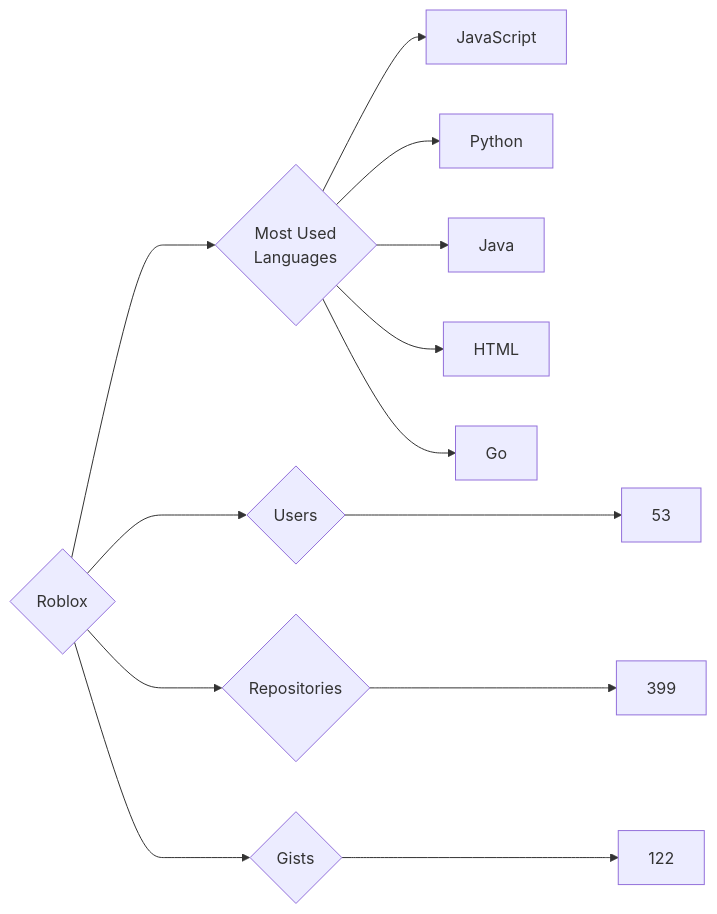
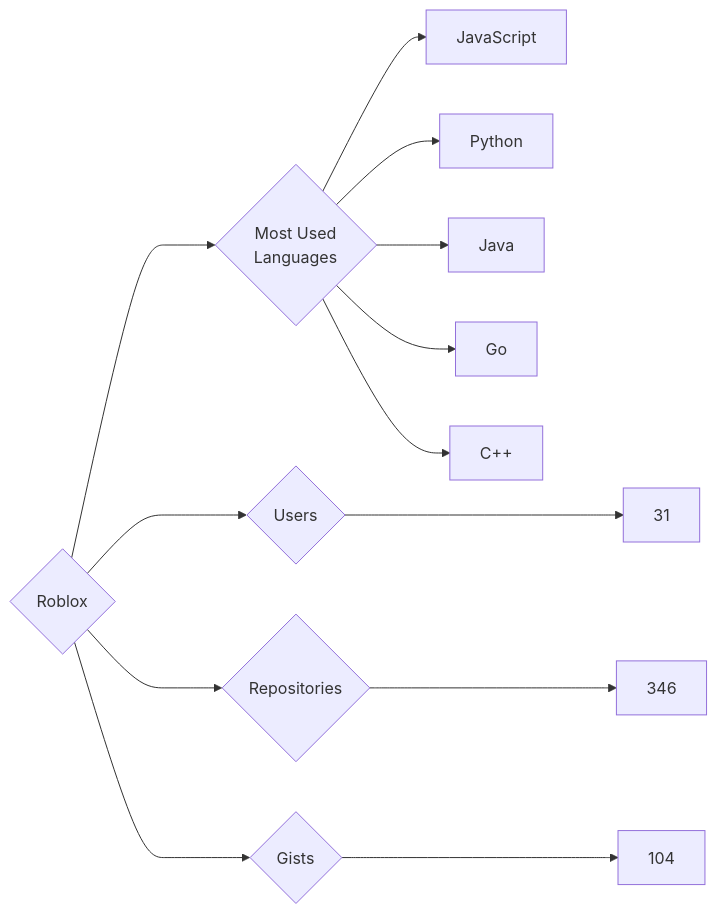
Before and after one commit to trickest/insiders: the diagram in targets/Roblox/README.md, drawn with Mermaid. The commit also changed 964 other files, not shown here.

````diff
--- a/targets/Roblox/README.md
+++ b/targets/Roblox/README.md
@@ -3,13 +3,13 @@
 ```mermaid
 graph LR
 COMPANY_NAME{Roblox}
-COMPANY_NAME ---> U{Users} ---> UN[53]
-COMPANY_NAME ---> R{Repositories} ---> RN[399]
-COMPANY_NAME ---> G{Gists} ---> GN[122]
+COMPANY_NAME ---> U{Users} ---> UN[31]
+COMPANY_NAME ---> R{Repositories} ---> RN[346]
+COMPANY_NAME ---> G{Gists} ---> GN[104]
 COMPANY_NAME ---> ML{Most Used<br>Languages}
 ML --> JavaScript[JavaScript]
 ML --> Python[Python]
 ML --> Java[Java]
-ML --> HTML[HTML]
 ML --> Go[Go]
+ML --> C++[C++]
 ```
````
